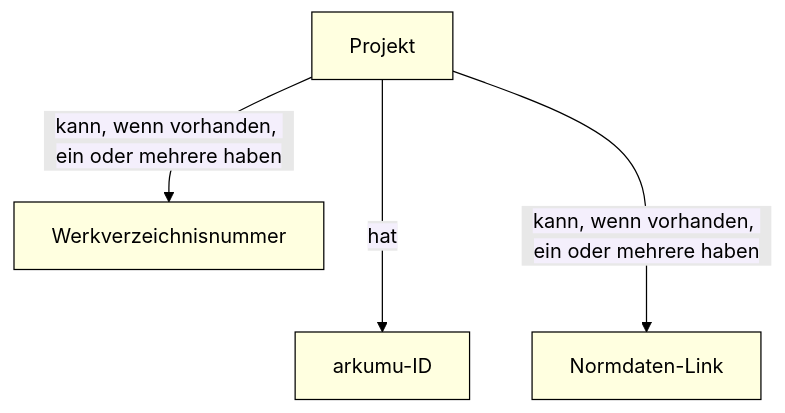
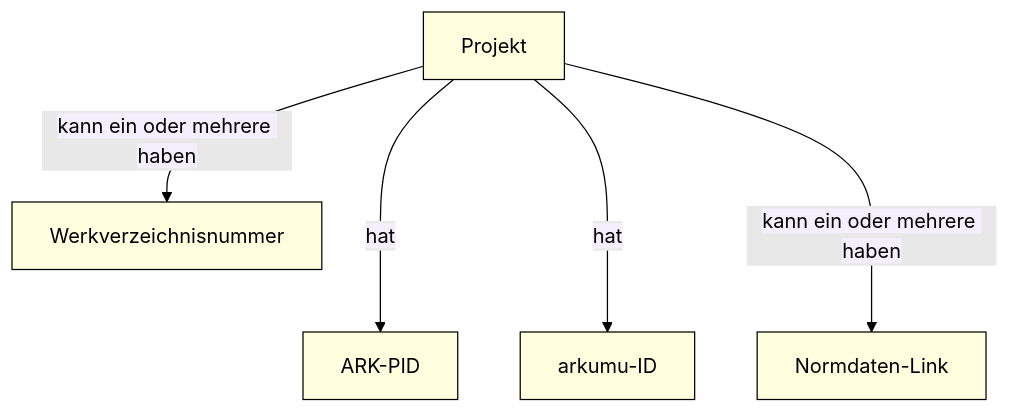
Before and after one commit to arkumu/arkumu.github.io: the sixth of 13 diagrams in ressourcen/entitaeten-und-attribute-des-datenmodells.markdown, drawn with Mermaid (forest theme). The commit also changed other lines of this file and 1 other file, not shown here.

```diff
--- a/ressourcen/entitaeten-und-attribute-des-datenmodells.markdown
+++ b/ressourcen/entitaeten-und-attribute-des-datenmodells.markdown
@@ -165,10 +172,12 @@
 <pre class="mermaid">
 flowchart TB;
+    Projekt-- <span style="background-color: #f4effc">hat</span>  ---> ARK-PID
     Projekt-- <span style="background-color: #f4effc">hat</span>  ---> arkumu-ID
-    Projekt-- <span style="background-color: #f4effc">kann, wenn vorhanden, ein oder mehrere haben</span> --> Werkverzeichnisnummer
-    Projekt-- <span style="background-color: #f4effc">kann, wenn vorhanden, ein oder mehrere haben</span> ---> Normdaten-Link
+    Projekt-- <span style="background-color: #f4effc">kann ein oder mehrere haben</span> --> Werkverzeichnisnummer
+    Projekt-- <span style="background-color: #f4effc">kann ein oder mehrere haben</span> ---> Normdaten-Link
+    style ARK-PID fill:#FFFFE0, stroke:#000000;
     style Projekt fill:#FFFFE0, stroke:#000000;
     style arkumu-ID fill:#FFFFE0, stroke:#000000;
     style Werkverzeichnisnummer fill:#FFFFE0, stroke:#000000;
     style Normdaten-Link fill:#FFFFE0, stroke:#000000;
 </pre>
```
